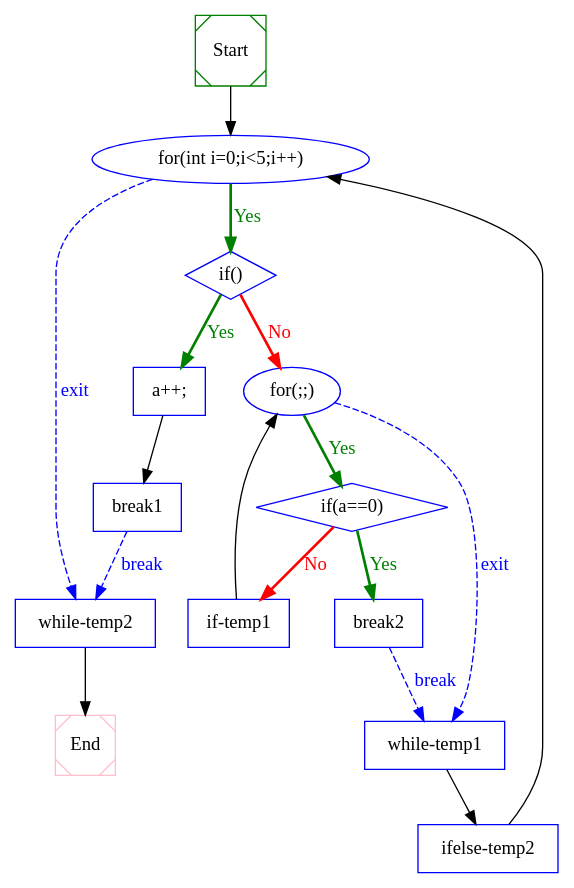
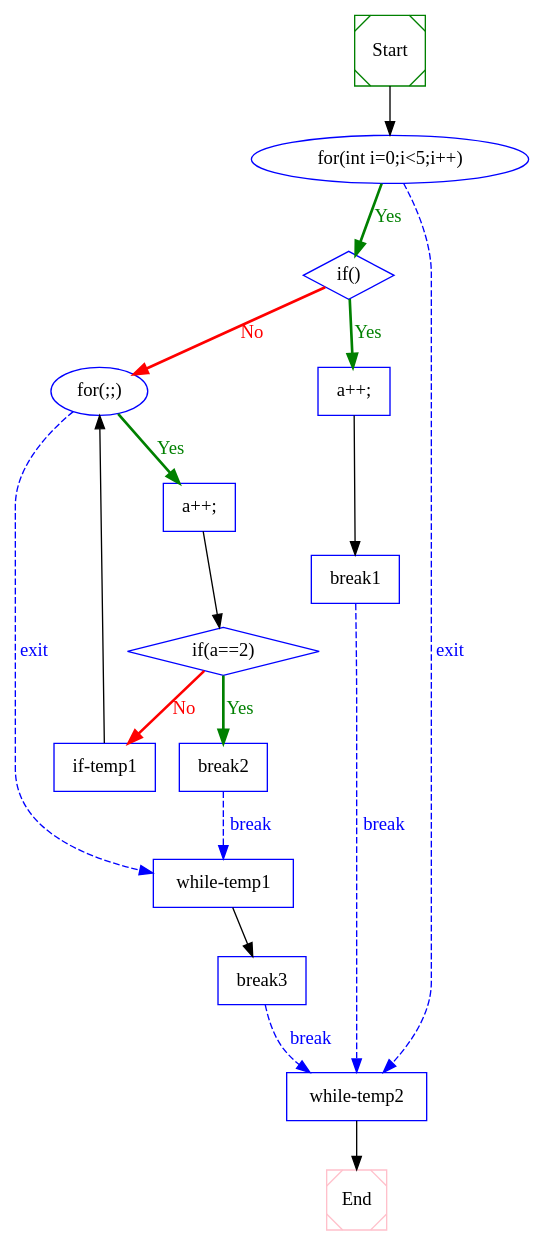
Before and after one commit to Naplues/Static-Analysis: the diagram in out/test.dot, drawn with Graphviz. The commit also changed 3 other files, not shown here.

```diff
--- a/out/test.dot
+++ b/out/test.dot
@@ -1,44 +1,47 @@
 digraph CFG {
  1  [shape = Msquare, color = green, label = "Start", ]
  2  [shape = ellipse, color = blue, label = "for(int i=0;i<5;i++)", ]
  3  [shape = diamond, color = blue, label = "if()", ]
  4  [shape = box, color = blue, label = "a++;", ]
  5  [shape = box, color = blue, label = "break1", ]
  6  [shape = ellipse, color = blue, label = "for(;;)", ]
- 7  [shape = diamond, color = blue, label = "if(a==0)", ]
- 8  [shape = box, color = blue, label = "break2", ]
- 9  [shape = box, color = blue, label = "if-temp1", ]
- 10  [shape = box, color = blue, label = "while-temp1", ]
- 11  [shape = box, color = blue, label = "ifelse-temp2", ]
- 12  [shape = box, color = blue, label = "while-temp2", ]
- 13  [shape = Msquare, color = pink, label = "End", ]
+ 7  [shape = box, color = blue, label = "a++;", ]
+ 8  [shape = diamond, color = blue, label = "if(a==2)", ]
+ 9  [shape = box, color = blue, label = "break2", ]
+ 10  [shape = box, color = blue, label = "if-temp1", ]
+ 11  [shape = box, color = blue, label = "while-temp1", ]
+ 12  [shape = box, color = blue, label = "break3", ]
+ 14  [shape = box, color = blue, label = "while-temp2", ]
+ 15  [shape = Msquare, color = pink, label = "End", ]
  1  ->  2  [style = solid, label="", fillcolor = black, color = black, fontcolor = black]
 
- 2  ->  12  [style = dashed, label="exit", fillcolor = blue, color = blue, fontcolor = blue]
+ 2  ->  14  [style = dashed, label="exit", fillcolor = blue, color = blue, fontcolor = blue]
  2  ->  3  [style = bold, label="Yes", fillcolor = green, color = green, fontcolor = green]
 
  3  ->  6  [style = bold, label="No", fillcolor = red, color = red, fontcolor = red]
  3  ->  4  [style = bold, label="Yes", fillcolor = green, color = green, fontcolor = green]
 
  4  ->  5  [style = solid, label="", fillcolor = black, color = black, fontcolor = black]
 
- 5  ->  12  [style = dashed, label="break", fillcolor = blue, color = blue, fontcolor = blue]
+ 5  ->  14  [style = dashed, label="break", fillcolor = blue, color = blue, fontcolor = blue]
 
- 6  ->  10  [style = dashed, label="exit", fillcolor = blue, color = blue, fontcolor = blue]
+ 6  ->  11  [style = dashed, label="exit", fillcolor = blue, color = blue, fontcolor = blue]
  6  ->  7  [style = bold, label="Yes", fillcolor = green, color = green, fontcolor = green]
 
- 7  ->  9  [style = bold, label="No", fillcolor = red, color = red, fontcolor = red]
- 7  ->  8  [style = bold, label="Yes", fillcolor = green, color = green, fontcolor = green]
+ 7  ->  8  [style = solid, label="", fillcolor = black, color = black, fontcolor = black]
 
- 8  ->  10  [style = dashed, label="break", fillcolor = blue, color = blue, fontcolor = blue]
+ 8  ->  10  [style = bold, label="No", fillcolor = red, color = red, fontcolor = red]
+ 8  ->  9  [style = bold, label="Yes", fillcolor = green, color = green, fontcolor = green]
 
- 9  ->  6  [style = solid, label="", fillcolor = black, color = black, fontcolor = black]
+ 9  ->  11  [style = dashed, label="break", fillcolor = blue, color = blue, fontcolor = blue]
 
- 10  ->  11  [style = solid, label="", fillcolor = black, color = black, fontcolor = black]
+ 10  ->  6  [style = solid, label="", fillcolor = black, color = black, fontcolor = black]
 
- 11  ->  2  [style = solid, label="", fillcolor = black, color = black, fontcolor = black]
+ 11  ->  12  [style = solid, label="", fillcolor = black, color = black, fontcolor = black]
 
- 12  ->  13  [style = solid, label="", fillcolor = black, color = black, fontcolor = black]
+ 12  ->  14  [style = dashed, label="break", fillcolor = blue, color = blue, fontcolor = blue]
+
+ 14  ->  15  [style = solid, label="", fillcolor = black, color = black, fontcolor = black]
 
 
 }
```
